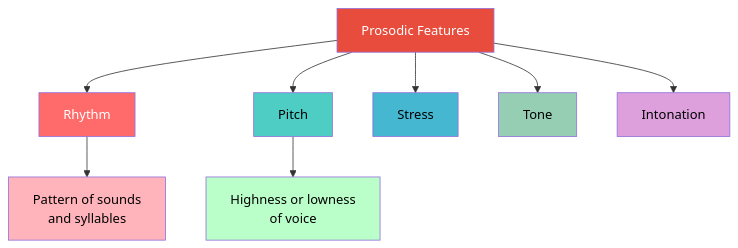
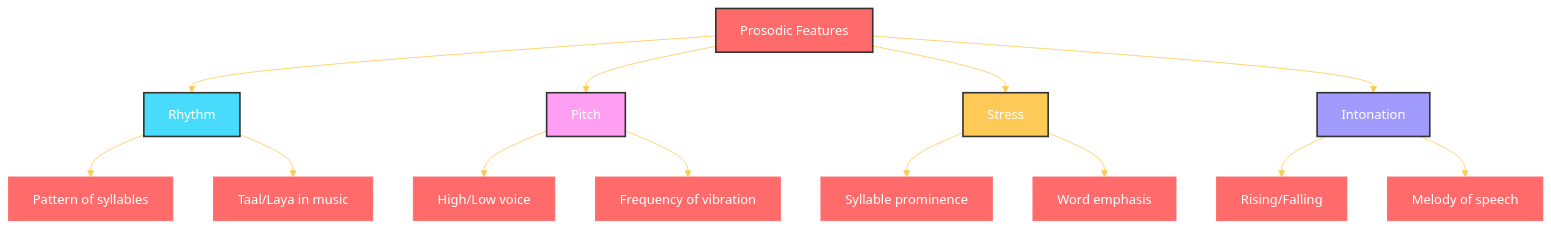
Diagram 28 of 50 in IITM/English/week1.md (beingAnujChaudhary/personalNotes), drawn with Mermaid before and after one commit. The commit also changed other lines of this file and 4 other files, not shown here.

````diff
--- a/IITM/English/week1.md
+++ b/IITM/English/week1.md
@@ -1079,20 +1207,26 @@
 ```mermaid
-graph TB
+%%{init: {'theme': 'base', 'themeVariables': { 'primaryColor': '#FF6B6B', 'primaryTextColor': '#fff', 'primaryBorderColor': '#FF6B6B', 'lineColor': '#FECA57', 'secondaryColor': '#48DBFB', 'tertiaryColor': '#FF9FF3'}}}%%
+graph TD
     A[Prosodic Features] --> B[Rhythm]
     A --> C[Pitch]
     A --> D[Stress]
-    A --> E[Tone]
-    A --> F[Intonation]
+    A --> E[Intonation]
     
-    B --> B1[Pattern of sounds<br/>and syllables]
-    C --> C1[Highness or lowness<br/>of voice]
+    B --> B1[Pattern of syllables]
+    B --> B2["Taal/Laya in music"]
     
-    style A fill:#E74C3C,color:#fff
-    style B fill:#FF6B6B,color:#fff
-    style C fill:#4ECDC4,color:#000
-    style D fill:#45B7D1,color:#000
-    style E fill:#96CEB4,color:#000
-    style F fill:#DDA0DD,color:#000
-    style B1 fill:#FFB3BA,color:#000
-    style C1 fill:#BAFFC9,color:#000
+    C --> C1[High/Low voice]
+    C --> C2[Frequency of vibration]
+    
+    D --> D1[Syllable prominence]
+    D --> D2[Word emphasis]
+    
+    E --> E1[Rising/Falling]
+    E --> E2[Melody of speech]
+    
+    style A fill:#FF6B6B,stroke:#333,stroke-width:2px,color:#fff
+    style B fill:#48DBFB,stroke:#333,stroke-width:2px,color:#fff
+    style C fill:#FF9FF3,stroke:#333,stroke-width:2px,color:#fff
+    style D fill:#FECA57,stroke:#333,stroke-width:2px,color:#fff
+    style E fill:#A29BFE,stroke:#333,stroke-width:2px,color:#fff
 ```
````
